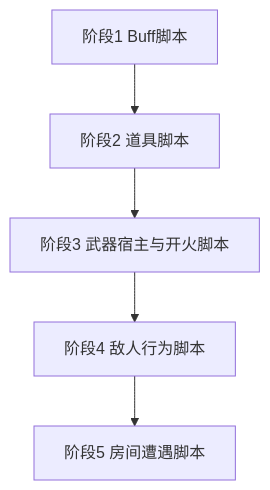
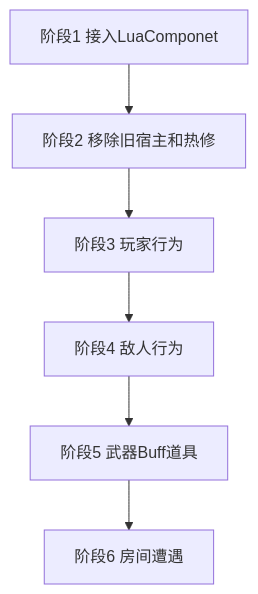
Before and after one commit to AChen1111/P_GUN: the diagram in .agents/skills/pgun-project-context/references/lua-gameplay-rewrite-plan.md, drawn with Mermaid. The commit also changed other lines of this file and 1 other file, not shown here.

First line of the commit message:
更正 Lua 重写计划：统一使用 LuaComponet。

````diff
--- a/.agents/skills/pgun-project-context/references/lua-gameplay-rewrite-plan.md
+++ b/.agents/skills/pgun-project-context/references/lua-gameplay-rewrite-plan.md
@@ -13,12 +18,14 @@
 ```mermaid
 flowchart TD
-  buffScripts[阶段1 Buff脚本]
-  itemScripts[阶段2 道具脚本]
-  weaponHost[阶段3 武器宿主与开火脚本]
-  enemyHost[阶段4 敌人行为脚本]
-  roomScripts[阶段5 房间遭遇脚本]
-  buffScripts --> itemScripts
-  itemScripts --> weaponHost
-  weaponHost --> enemyHost
-  enemyHost --> roomScripts
+  framework[阶段1 接入LuaComponet]
+  removeOld[阶段2 移除旧宿主和热修]
+  playerLua[阶段3 玩家行为]
+  enemyLua[阶段4 敌人行为]
+  contentLua[阶段5 武器Buff道具]
+  roomLua[阶段6 房间遭遇]
+  framework --> removeOld
+  removeOld --> playerLua
+  playerLua --> enemyLua
+  enemyLua --> contentLua
+  contentLua --> roomLua
 ```
````
